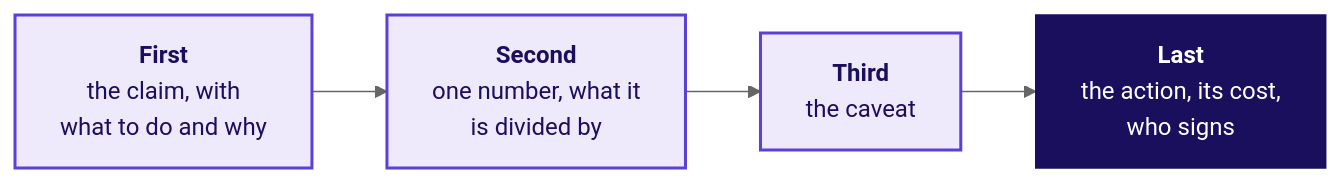
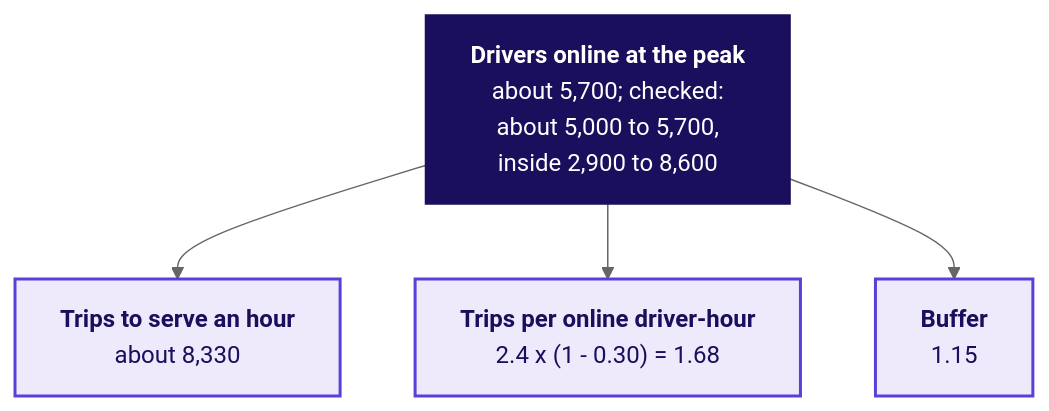
One commit to fde-academy-lab/c2-content-factory changed the eighth of 8 diagrams in content/W04/D2/whiteboards/C2_W04_D02_board_work_STUDENT.md. Above: the diagram before and after it, drawn with Mermaid (neutral theme). The commit also changed 30 other files, not shown here.

````diff
--- a/content/W04/D2/whiteboards/C2_W04_D02_board_work_STUDENT.md
+++ b/content/W04/D2/whiteboards/C2_W04_D02_board_work_STUDENT.md
@@ -162,10 +159,14 @@
 ```mermaid
-flowchart LR
-    S1["<b>First</b><br/>the claim, with<br/>what to do and why"] --> S2["<b>Second</b><br/>one number, what it<br/>is divided by"]
-    S2 --> S3["<b>Third</b><br/>the caveat"]
-    S3 --> S4["<b>Last</b><br/>the action, its cost,<br/>who signs"]
+flowchart TD
+    D["<b>Drivers online at the peak</b><br/>about 5,700; checked:<br/>about 5,000 to 5,700,<br/>inside 2,900 to 8,600"]
+    T["<b>Trips to serve an hour</b><br/>about 8,330"]
+    P["<b>Trips per online driver-hour</b><br/>2.4 x (1 - 0.30) = 1.68"]
+    B["<b>Buffer</b><br/>1.15"]
+    D --> T
+    D --> P
+    D --> B
+    classDef lit fill:#1A0F5C,stroke:#1A0F5C,color:#FFFFFF
     classDef known fill:#EEEAFB,stroke:#5B3FD6,color:#1A0F5C,stroke-width:2px
-    classDef lit fill:#1A0F5C,stroke:#1A0F5C,color:#FFFFFF
-    class S1,S2,S3 known
-    class S4 lit
+    class D lit
+    class T,P,B known
 ```
````
